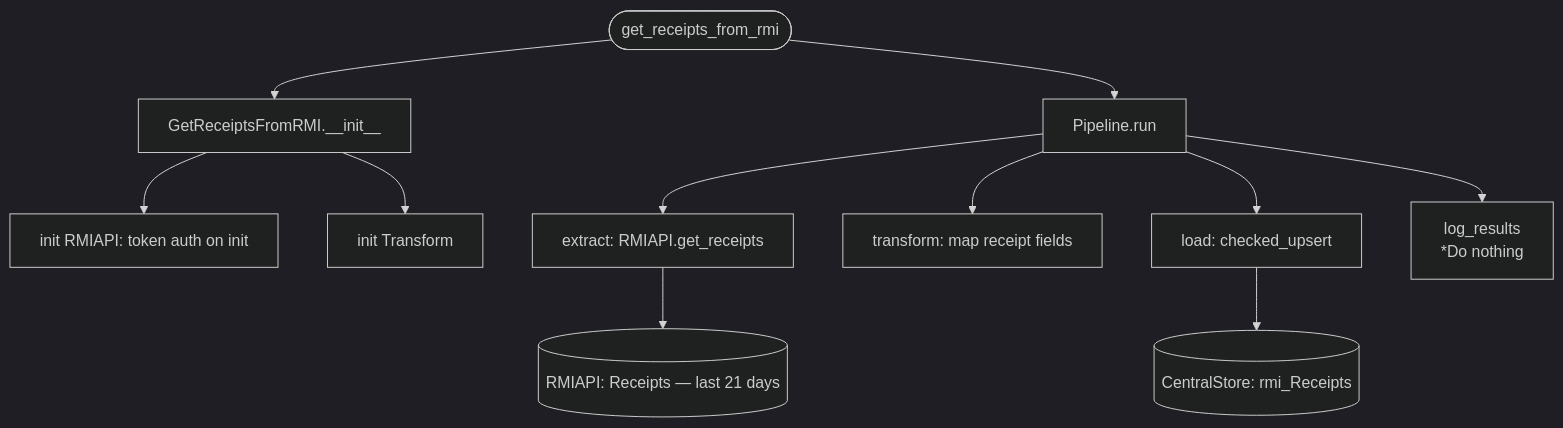
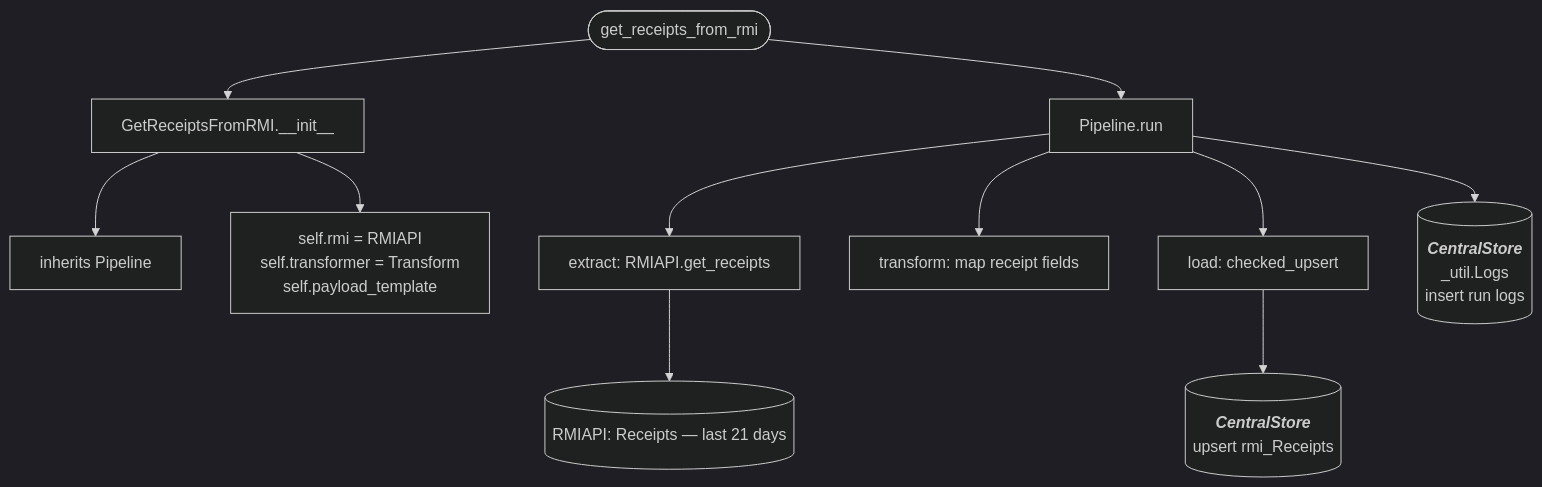
The third of 4 diagrams in docs/functions/rmi_data_retrieval_pipeline.md (journeyhl/integration-platform), drawn with Mermaid (dark theme) before and after one commit. The commit also changed other lines of this file and 42 other files, not shown here.

````diff
--- a/docs/functions/rmi_data_retrieval_pipeline.md
+++ b/docs/functions/rmi_data_retrieval_pipeline.md
@@ -55,18 +64,28 @@
 ```mermaid
 %%{init: {"flowchart": {"wrappingWidth": 400}}}%%
 flowchart TD
     A([get_receipts_from_rmi]) --> B[GetReceiptsFromRMI.__init__]
-    B --> B1[init RMIAPI: token auth on init]
-    B --> B2[init Transform]
+    B --> B1[inherits Pipeline]
+    B --> B2[
+        self.rmi = RMIAPI
+        self.transformer = Transform
+        self.payload_template
+    ]
     A --> RUN[Pipeline.run]
 
     RUN --> EX[extract: RMIAPI.get_receipts]
     EX --> D1[(RMIAPI: Receipts — last 21 days)]
 
     RUN --> TR[transform: map receipt fields]
 
     RUN --> LD[load: checked_upsert]
-    LD --> CS1[(CentralStore: rmi_Receipts)]
+    LD --> CS1[(
+        <b><i>CentralStore</i></b>
+        upsert rmi_Receipts
+    )]
 
-    RUN --> LR[log_results<br/>*Do nothing]
+    RUN --> LOGS[(
+        <b><i>CentralStore</i></b>
+        _util.Logs<br/>insert run logs
+    )]
 ```
````
